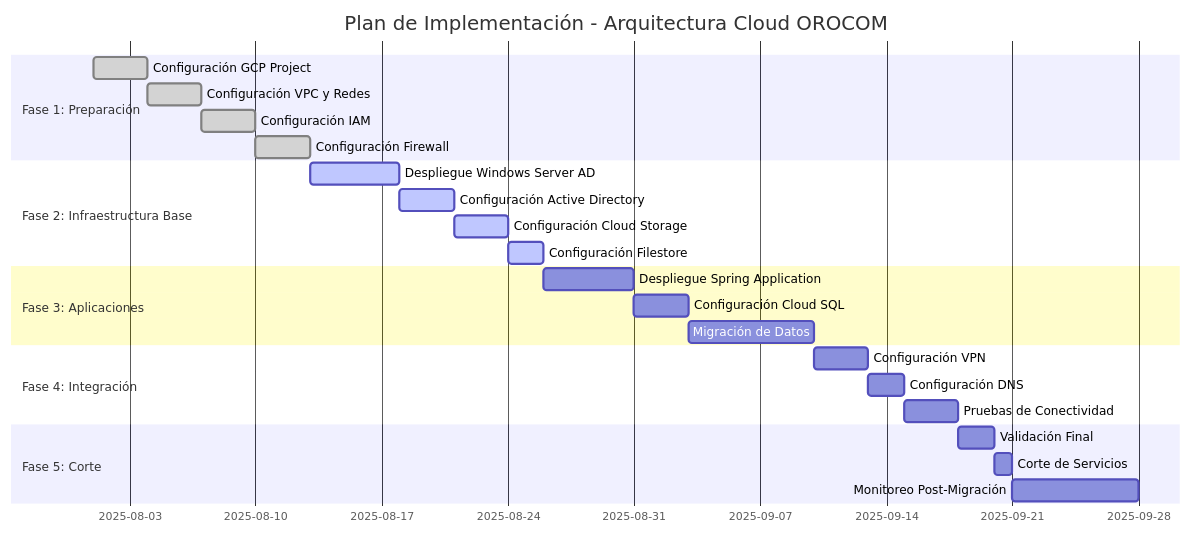
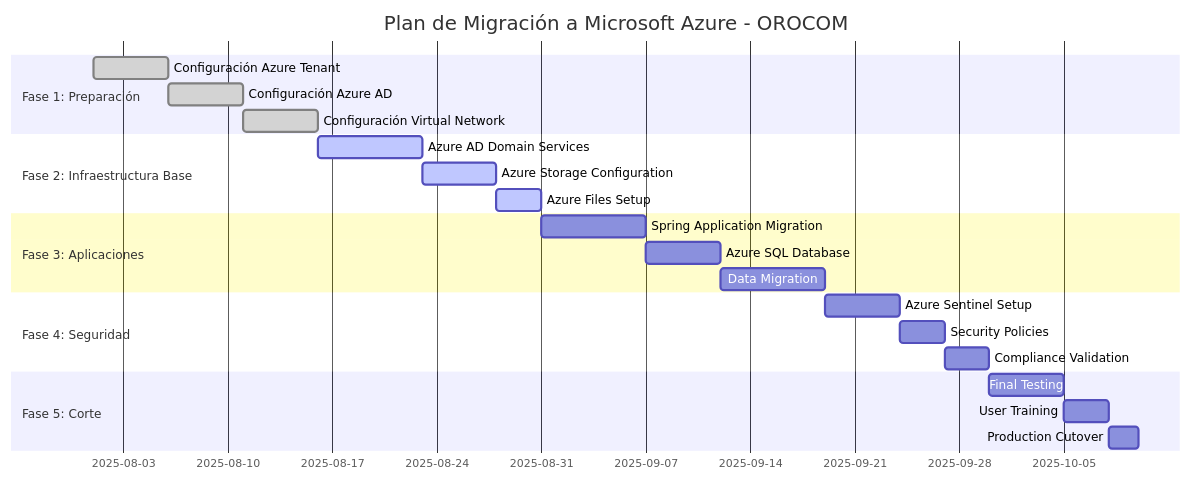
The second of 2 diagrams in README.md (zipdatape/TEST), drawn with Mermaid before and after one commit. The commit also changed other lines of this file, not shown here.

````diff
--- a/README.md
+++ b/README.md
@@ -164,31 +179,29 @@
 ```mermaid
 gantt
-    title Plan de Implementación - Arquitectura Cloud OROCOM
+    title Plan de Migración a Microsoft Azure - OROCOM
     dateFormat  YYYY-MM-DD
     section Fase 1: Preparación
-    Configuración GCP Project     :done, gcp, 2025-08-01, 3d
-    Configuración VPC y Redes     :done, vpc, 2025-08-04, 3d
-    Configuración IAM             :done, iam, 2025-08-07, 3d
-    Configuración Firewall        :done, fw, 2025-08-10, 3d
+    Configuración Azure Tenant     :done, tenant, 2025-08-01, 5d
+    Configuración Azure AD         :done, aad, 2025-08-06, 5d
+    Configuración Virtual Network  :done, vnet, 2025-08-11, 5d
     
     section Fase 2: Infraestructura Base
-    Despliegue Windows Server AD  :active, ad, 2025-08-13, 5d
-    Configuración Active Directory :active, adconfig, 2025-08-18, 3d
-    Configuración Cloud Storage   :active, storage, 2025-08-21, 3d
-    Configuración Filestore       :active, filestore, 2025-08-24, 2d
+    Azure AD Domain Services       :active, aadds, 2025-08-16, 7d
+    Azure Storage Configuration    :active, storage, 2025-08-23, 5d
+    Azure Files Setup              :active, files, 2025-08-28, 3d
     
     section Fase 3: Aplicaciones
-    Despliegue Spring Application :spring, 2025-08-26, 5d
-    Configuración Cloud SQL       :sql, 2025-08-31, 3d
-    Migración de Datos            :migration, 2025-09-03, 7d
+    Spring Application Migration   :spring, 2025-08-31, 7d
+    Azure SQL Database             :sql, 2025-09-07, 5d
+    Data Migration                 :migration, 2025-09-12, 7d
     
-    section Fase 4: Integración
-    Configuración VPN             :vpn, 2025-09-10, 3d
-    Configuración DNS             :dns, 2025-09-13, 2d
-    Pruebas de Conectividad       :testing, 2025-09-15, 3d
+    section Fase 4: Seguridad
+    Azure Sentinel Setup           :sentinel, 2025-09-19, 5d
+    Security Policies              :security, 2025-09-24, 3d
+    Compliance Validation          :compliance, 2025-09-27, 3d
     
     section Fase 5: Corte
-    Validación Final              :validation, 2025-09-18, 2d
-    Corte de Servicios            :cutover, 2025-09-20, 1d
-    Monitoreo Post-Migración      :monitoring, 2025-09-21, 7d
+    Final Testing                  :testing, 2025-09-30, 5d
+    User Training                  :training, 2025-10-05, 3d
+    Production Cutover             :cutover, 2025-10-08, 2d
 ```
````
